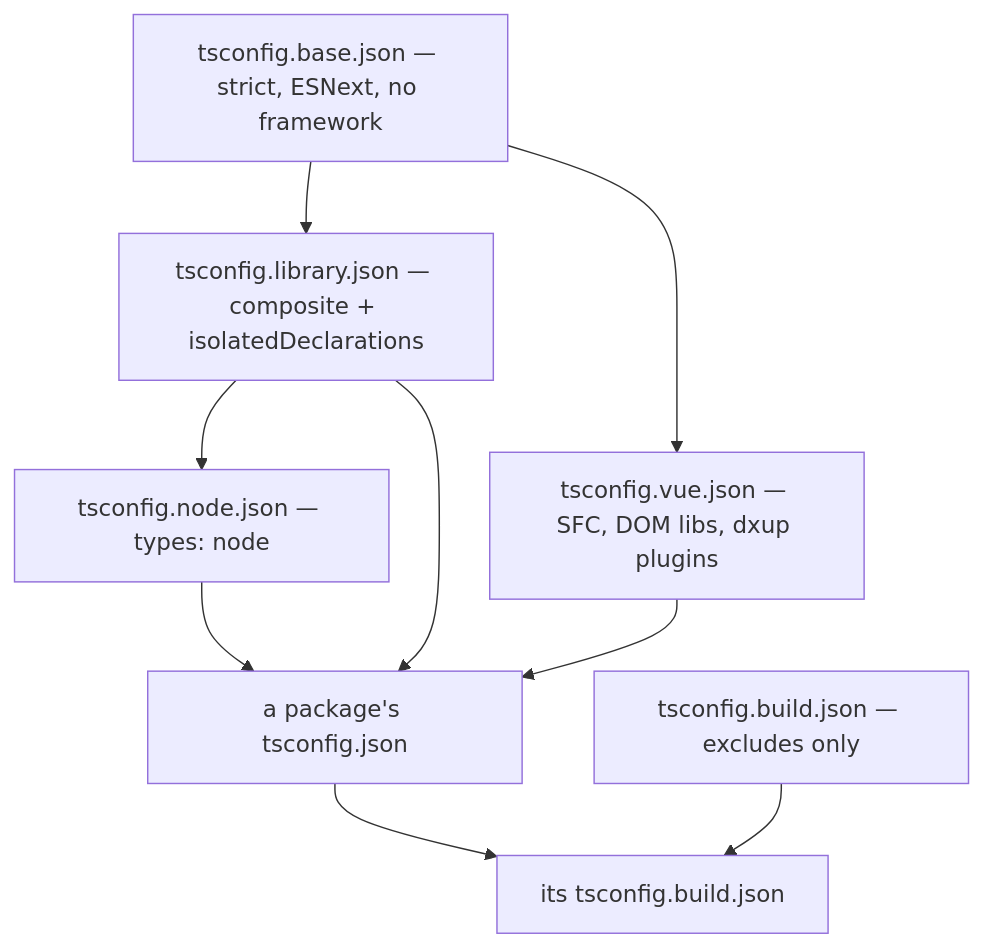
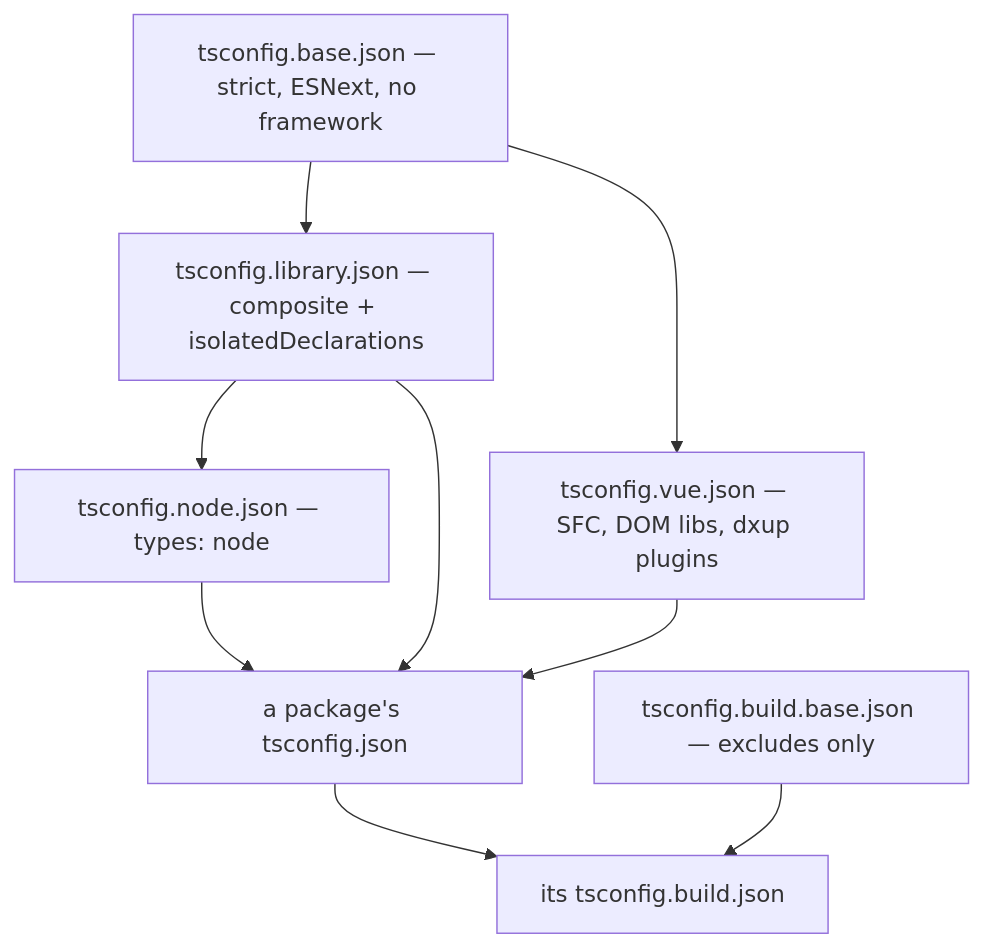
The second of 2 diagrams in packages/app/content/docs/architecture/build-pipeline.md (Esposter/Esposter), drawn with Mermaid before and after one commit. The commit also changed other lines of this file and 16 other files, not shown here.

````diff
--- a/packages/app/content/docs/architecture/build-pipeline.md
+++ b/packages/app/content/docs/architecture/build-pipeline.md
@@ -69,11 +69,11 @@
 ```mermaid
 flowchart TD
   B["tsconfig.base.json — strict, ESNext, no framework"] --> L["tsconfig.library.json — composite + isolatedDeclarations"]
   B --> V["tsconfig.vue.json — SFC, DOM libs, dxup plugins"]
   L --> N["tsconfig.node.json — types: node"]
   N --> P["a package's tsconfig.json"]
   L --> P
   V --> P
   P --> BU["its tsconfig.build.json"]
-  X["tsconfig.build.json — excludes only"] --> BU
+  X["tsconfig.build.base.json — excludes only"] --> BU
 ```
````
